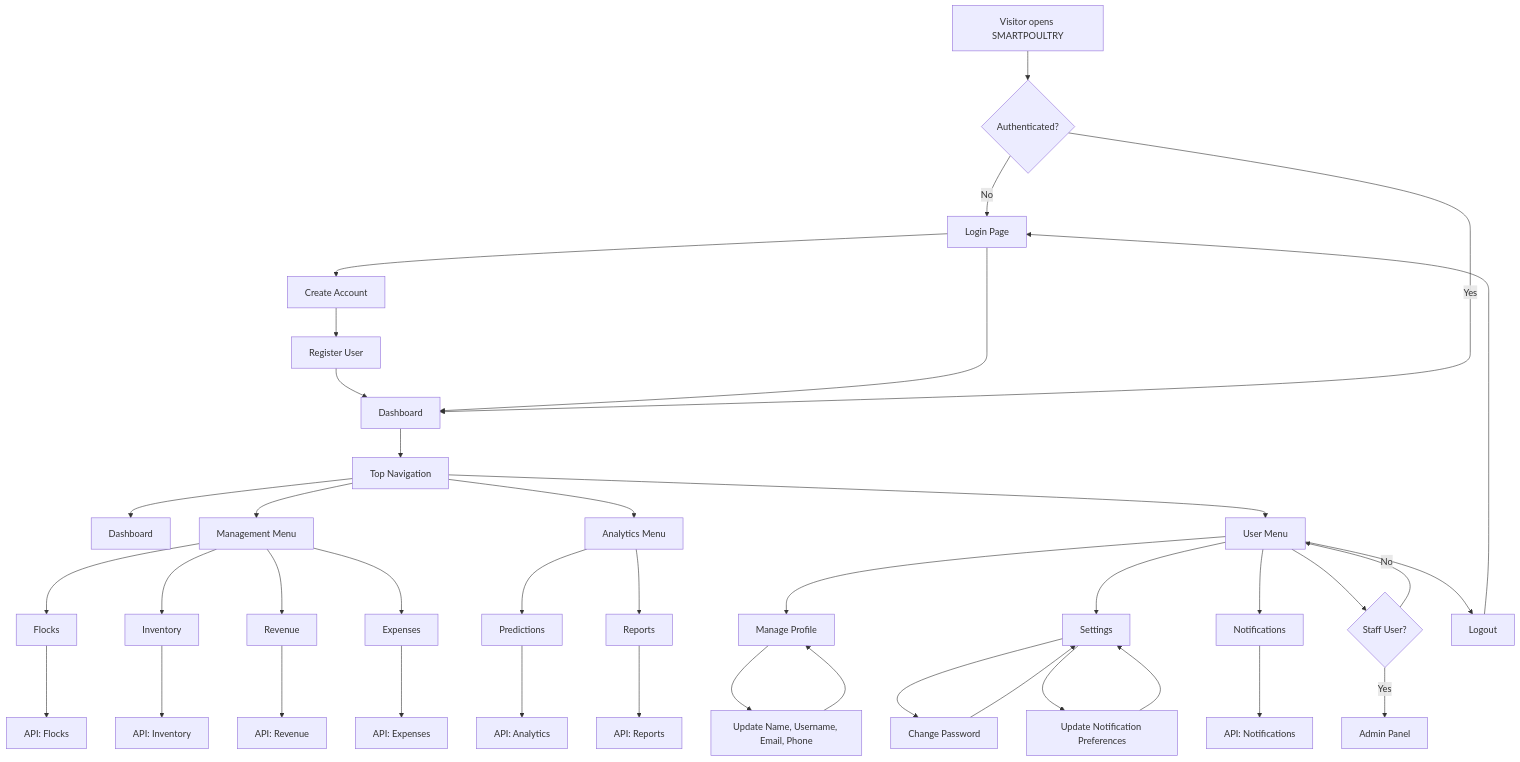
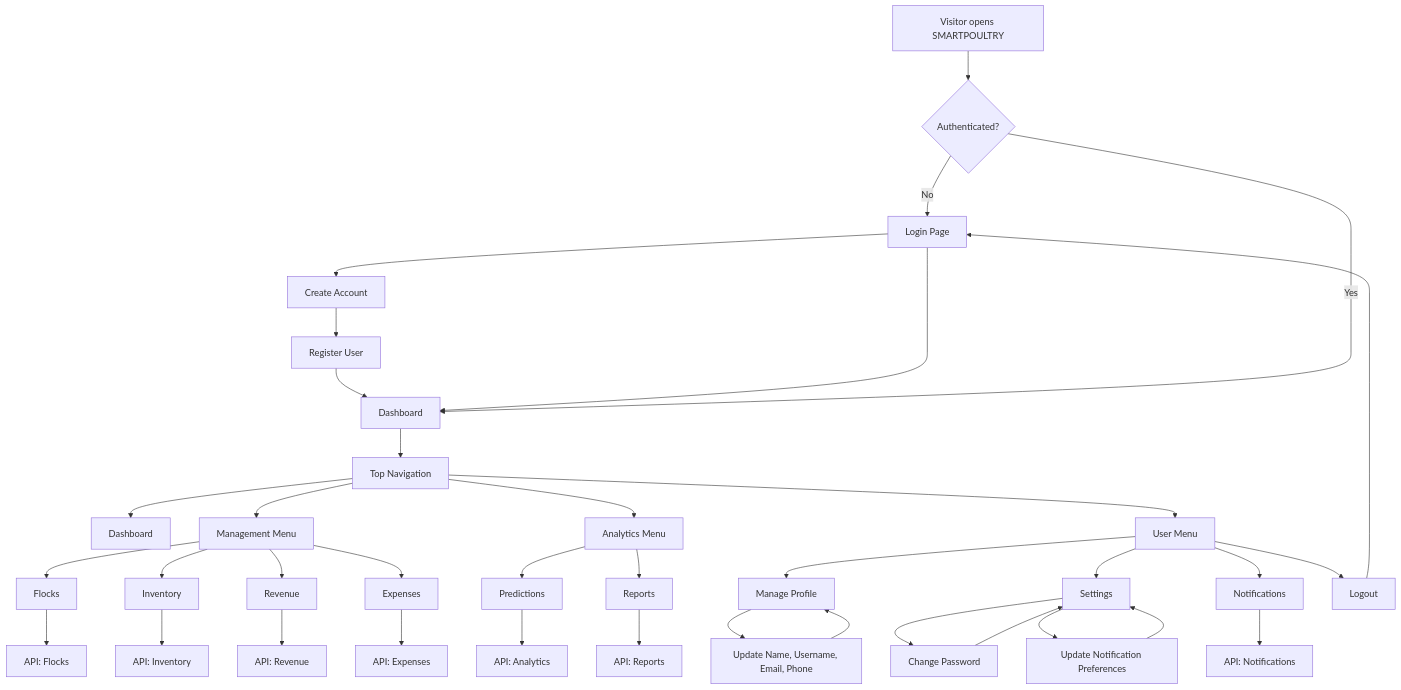
Before and after one commit to lichtb44/SmartPoultry: the first of 2 diagrams in WEBSITE_FLOWCHART.md, drawn with Mermaid. The commit also changed other lines of this file and 37 other files, not shown here.

````diff
--- a/WEBSITE_FLOWCHART.md
+++ b/WEBSITE_FLOWCHART.md
@@ -3,53 +3,50 @@
 ```mermaid
 flowchart TD
     A[Visitor opens SMARTPOULTRY] --> B{Authenticated?}
 
     B -- No --> C[Login Page]
     C --> D[Create Account]
     D --> E[Register User]
     E --> F[Dashboard]
     C --> F
 
     B -- Yes --> F
 
     F --> G[Top Navigation]
 
     G --> H[Dashboard]
 
     G --> I[Management Menu]
     I --> J[Flocks]
     I --> K[Inventory]
     I --> L[Revenue]
     I --> M[Expenses]
 
     G --> N[Analytics Menu]
     N --> O[Predictions]
     N --> P[Reports]
 
     G --> Q[User Menu]
     Q --> R[Manage Profile]
     Q --> S[Settings]
     Q --> T[Notifications]
-    Q --> U{Staff User?}
-    U -- Yes --> V[Admin Panel]
-    U -- No --> Q
     Q --> W[Logout]
 
     R --> R1[Update Name, Username, Email, Phone]
     R1 --> R
 
     S --> S1[Change Password]
     S --> S2[Update Notification Preferences]
     S1 --> S
     S2 --> S
 
     J --> API1[API: Flocks]
     K --> API2[API: Inventory]
     L --> API3[API: Revenue]
     M --> API4[API: Expenses]
     O --> API5[API: Analytics]
     P --> API6[API: Reports]
     T --> API7[API: Notifications]
 
     W --> C
 ```
````
